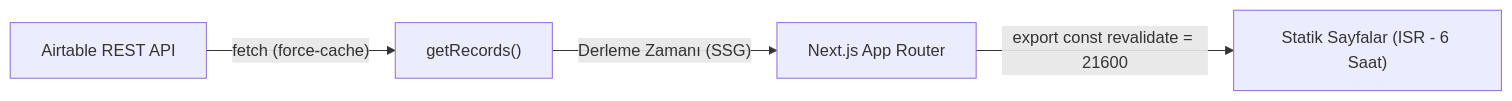
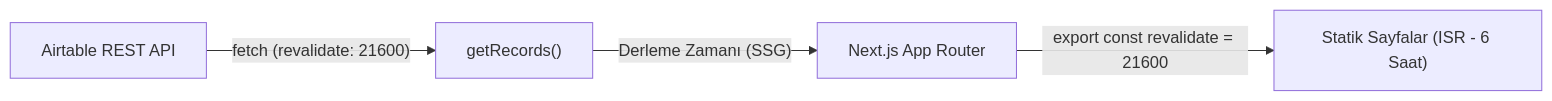
The diagram in README.md (ozgurulukir/feyz-personal), drawn with Mermaid before and after one commit. The commit also changed other lines of this file and 12 other files, not shown here.

First line of the commit message:
refactor(airtable): cache via Next Data Cache, encode tag routes, harden pages

````diff
--- a/README.md
+++ b/README.md
@@ -450,6 +450,6 @@
 ```mermaid
 flowchart LR
-    A["Airtable REST API"] -->|"fetch (force-cache)"| B["getRecords()"]
+    A["Airtable REST API"] -->|"fetch (revalidate: 21600)"| B["getRecords()"]
     B -->|"Derleme Zamanı (SSG)"| C["Next.js App Router"]
     C -->|"export const revalidate = 21600"| D["Statik Sayfalar (ISR - 6 Saat)"]
 ```
````
